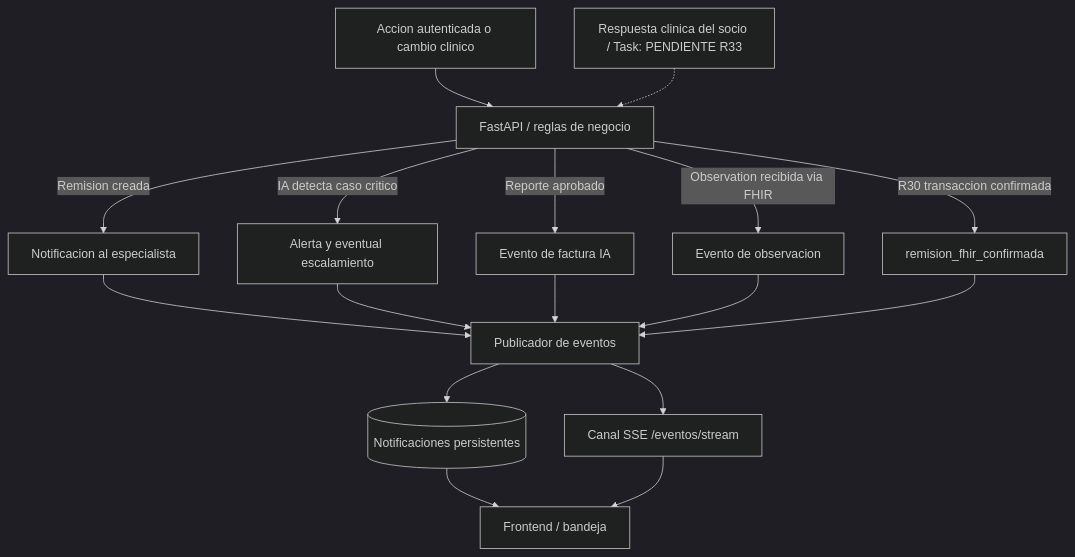
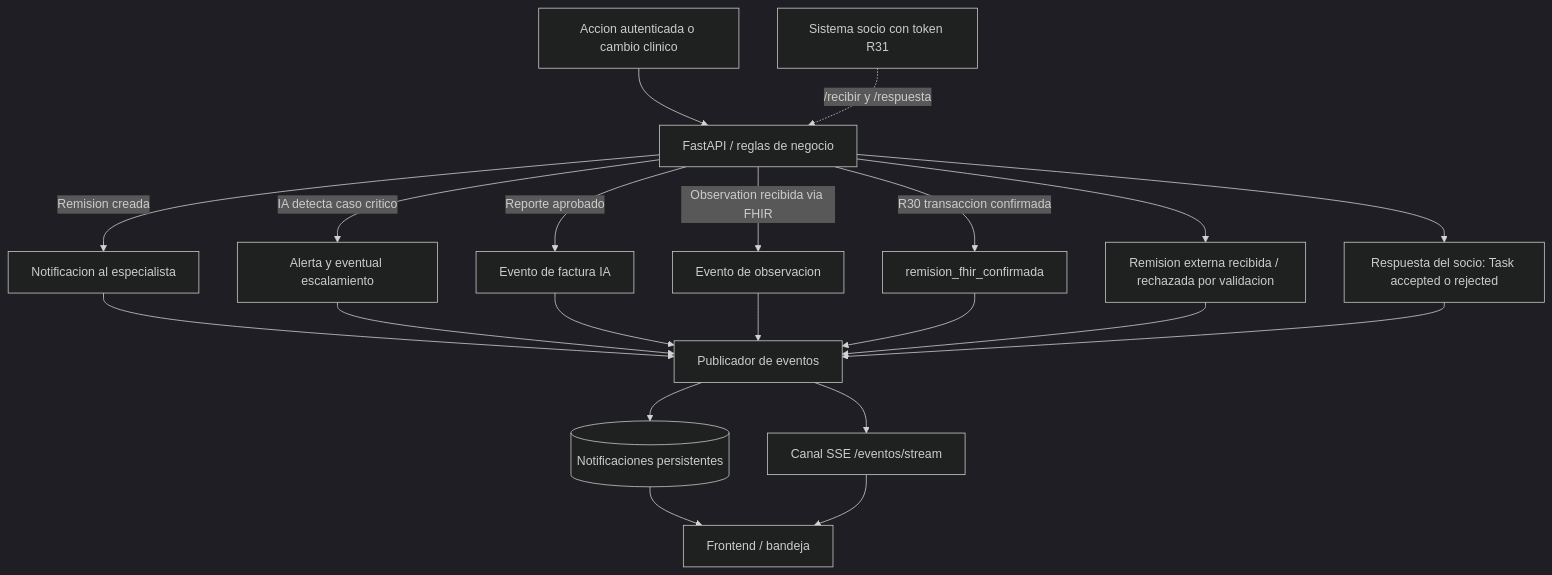
Before and after one commit to nataliap2005/proyecto-triage: the fifth of 6 diagrams in README.md, drawn with Mermaid (dark theme). The commit also changed other lines of this file and 7 other files, not shown here.

````diff
--- a/README.md
+++ b/README.md
@@ -272,19 +273,23 @@
 ```mermaid
 flowchart TD
   EV[Accion autenticada o cambio clinico] --> API[FastAPI / reglas de negocio]
   API -->|Remision creada| REM[Notificacion al especialista]
   API -->|IA detecta caso critico| ALERT[Alerta y eventual escalamiento]
   API -->|Reporte aprobado| BILL[Evento de factura IA]
   API -->|Observation recibida via FHIR| FHIR[Evento de observacion]
   API -->|R30 transaccion confirmada| CONF[remision_fhir_confirmada]
   REM --> PUB[Publicador de eventos]
   ALERT --> PUB
   BILL --> PUB
   FHIR --> PUB
   CONF --> PUB
+  EXT[Remision externa recibida / rechazada por validacion] --> PUB
+  RESP[Respuesta del socio: Task accepted o rejected] --> PUB
   PUB --> DB[(Notificaciones persistentes)]
   PUB --> SSE[Canal SSE /eventos/stream]
   DB --> BANDEJA[Frontend / bandeja]
   SSE --> BANDEJA
-  SOCIO[Respuesta clinica del socio / Task: PENDIENTE R33] -.-> API
+  SOCIO[Sistema socio con token R31] -.->|/recibir y /respuesta| API
+  API --> EXT
+  API --> RESP
 ```
````
